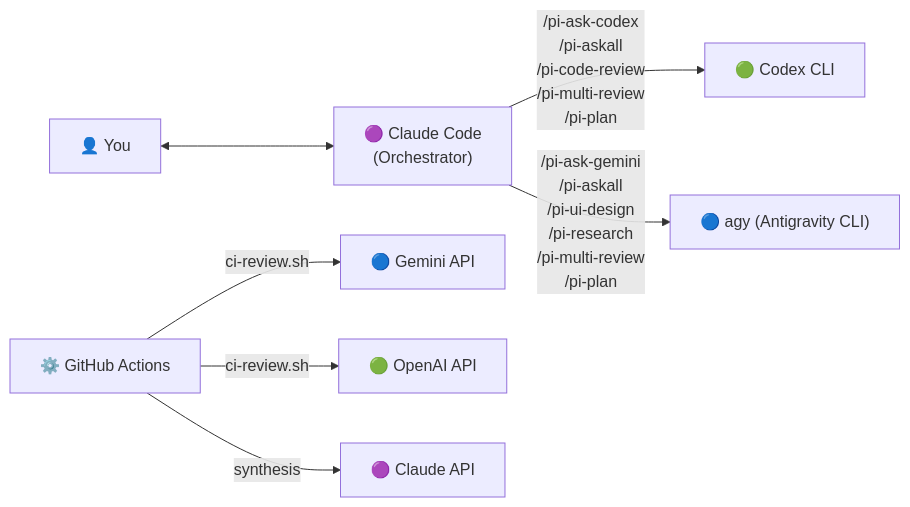
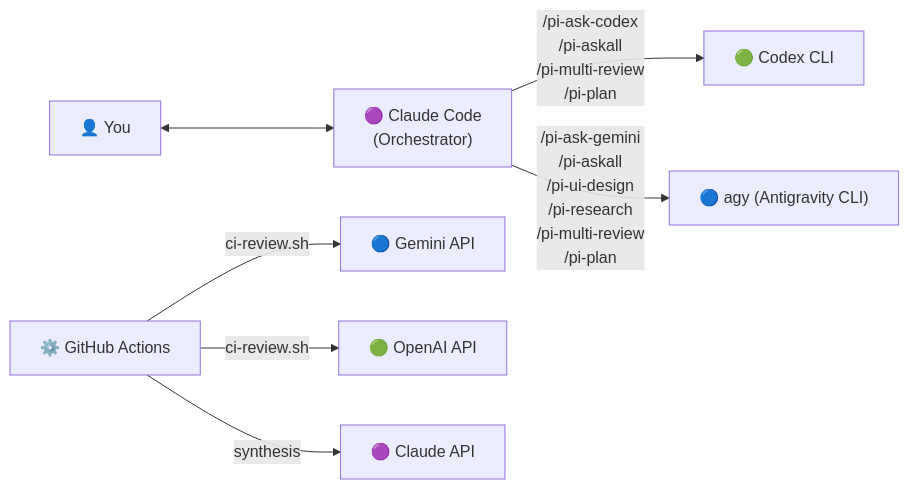
Before and after one commit to tznthou/claude-prism: the first of 2 diagrams in README.md, drawn with Mermaid. The commit also changed other lines of this file and 18 other files, not shown here.

````diff
--- a/README.md
+++ b/README.md
@@ -296,9 +287,9 @@
 ```mermaid
 flowchart LR
     User["👤 You"] <--> Claude["🟣 Claude Code\n(Orchestrator)"]
-    Claude -->|"/pi-ask-codex\n/pi-askall\n/pi-code-review\n/pi-multi-review\n/pi-plan"| Codex["🟢 Codex CLI"]
+    Claude -->|"/pi-ask-codex\n/pi-askall\n/pi-multi-review\n/pi-plan"| Codex["🟢 Codex CLI"]
     Claude -->|"/pi-ask-gemini\n/pi-askall\n/pi-ui-design\n/pi-research\n/pi-multi-review\n/pi-plan"| Gemini["🔵 agy (Antigravity CLI)"]
     CI["⚙️ GitHub Actions"] -->|"ci-review.sh"| GeminiAPI["🔵 Gemini API"]
     CI -->|"ci-review.sh"| OpenAIAPI["🟢 OpenAI API"]
     CI -->|"synthesis"| ClaudeAPI["🟣 Claude API"]
 ```
````
